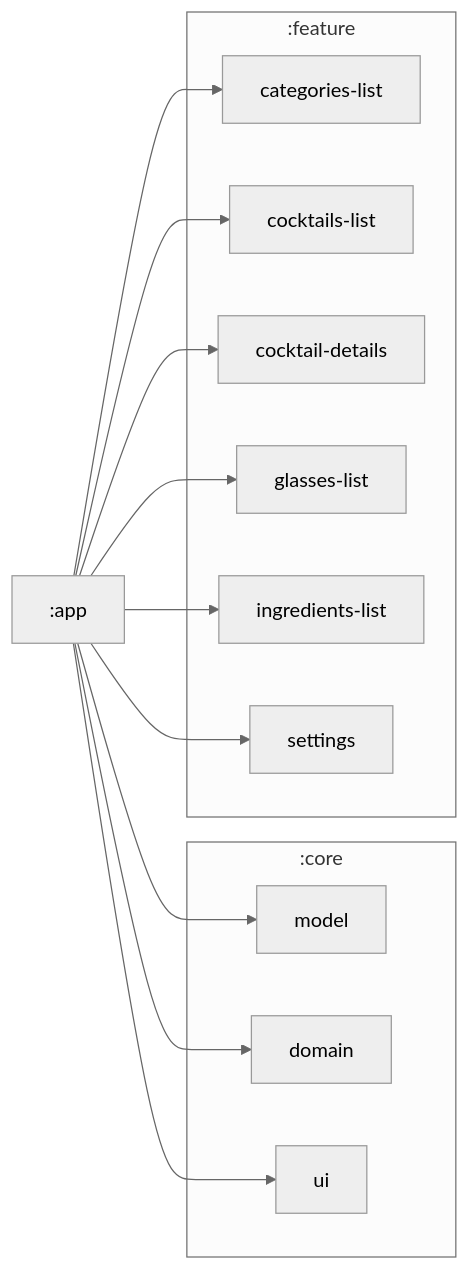
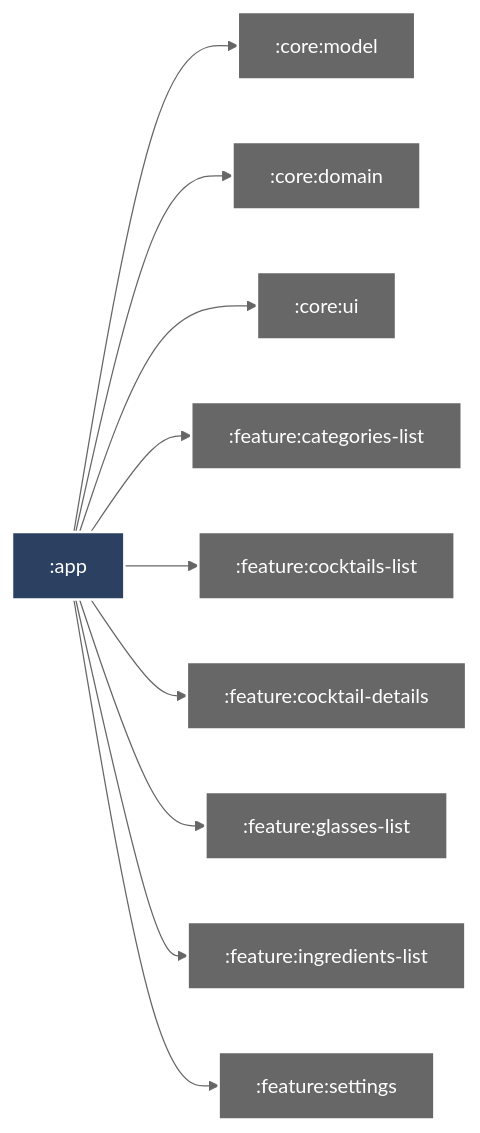
One commit to alexmprog/TheCocktails changed the diagram in README.md. Above: the diagram before and after it, drawn with Mermaid. The commit also changed other lines of this file and 1 other file, not shown here.

Commit message:
update modules graph

````diff
--- a/README.md
+++ b/README.md
@@ -28,31 +29,32 @@
 ```mermaid
 %%{
   init: {
     'theme': 'neutral'
   }
 }%%
 
 graph LR
-  subgraph :core
-    :core:model["model"]
-    :core:domain["domain"]
-    :core:ui["ui"]
-  end
-  subgraph :feature
-    :feature:categories-list["categories-list"]
-    :feature:cocktails-list["cocktails-list"]
-    :feature:cocktail-details["cocktail-details"]
-    :feature:glasses-list["glasses-list"]
-    :feature:ingredients-list["ingredients-list"]
-    :feature:settings["settings"]
-  end
   :app --> :core:model
   :app --> :core:domain
   :app --> :core:ui
   :app --> :feature:categories-list
   :app --> :feature:cocktails-list
   :app --> :feature:cocktail-details
   :app --> :feature:glasses-list
   :app --> :feature:ingredients-list
   :app --> :feature:settings
+
+classDef android-application fill:#2C4162,stroke:#fff,stroke-width:2px,color:#fff;
+classDef unknown fill:#676767,stroke:#fff,stroke-width:2px,color:#fff;
+class :app android-application
+class :core:model unknown
+class :core:domain unknown
+class :core:ui unknown
+class :feature:categories-list unknown
+class :feature:cocktails-list unknown
+class :feature:cocktail-details unknown
+class :feature:glasses-list unknown
+class :feature:ingredients-list unknown
+class :feature:settings unknown
+
 ```
````
